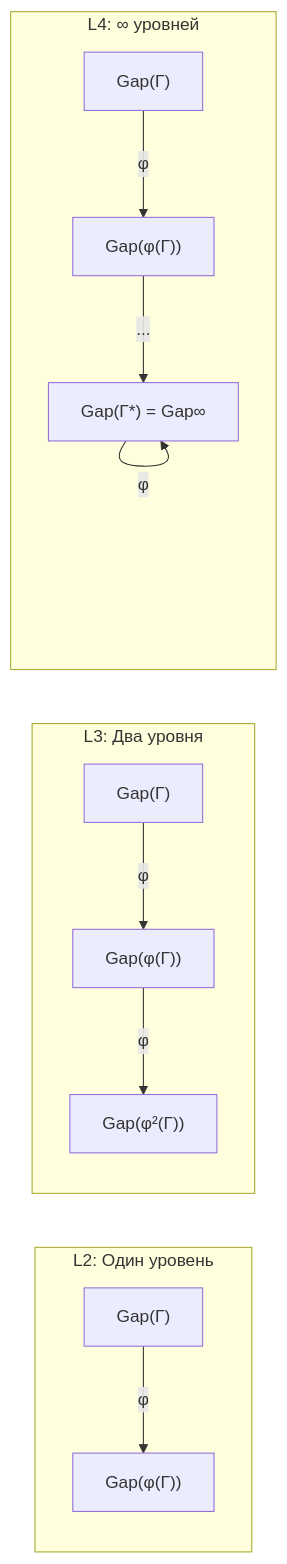
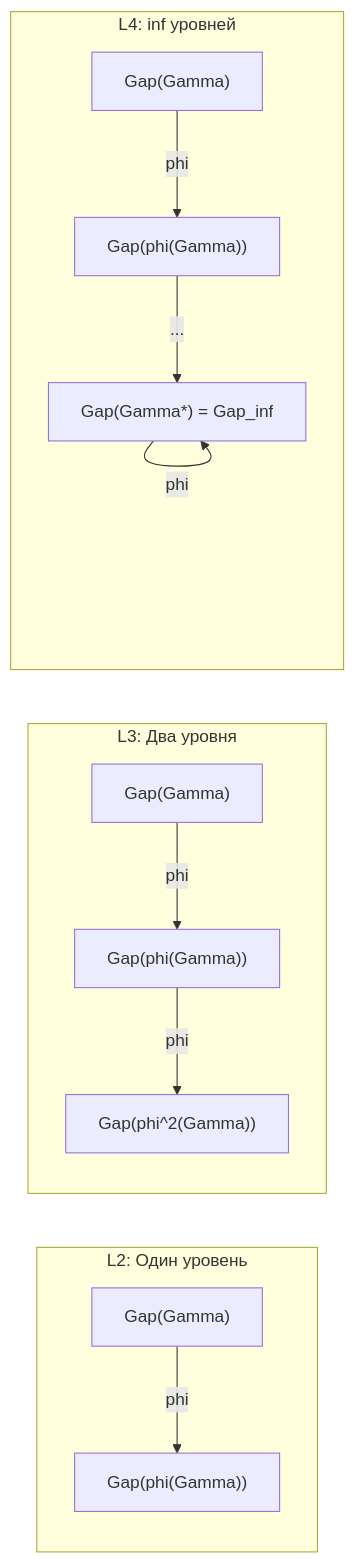
Before and after one commit to uhm-theory/holon: the diagram in website/docs/consciousness/hierarchy/gap-characterization.md, drawn with Mermaid. The commit also changed other lines of this file and 117 other files, not shown here.

````diff
--- a/website/docs/consciousness/hierarchy/gap-characterization.md
+++ b/website/docs/consciousness/hierarchy/gap-characterization.md
@@ -205,15 +283,15 @@
 ```mermaid
 graph LR
     subgraph L2["L2: Один уровень"]
-        G0["Gap(Γ)"] --> |"φ"| G1["Gap(φ(Γ))"]
+        G0["Gap(Gamma)"] --> |"phi"| G1["Gap(phi(Gamma))"]
     end
     subgraph L3["L3: Два уровня"]
-        G0b["Gap(Γ)"] --> |"φ"| G1b["Gap(φ(Γ))"]
-        G1b --> |"φ"| G2["Gap(φ²(Γ))"]
+        G0b["Gap(Gamma)"] --> |"phi"| G1b["Gap(phi(Gamma))"]
+        G1b --> |"phi"| G2["Gap(phi^2(Gamma))"]
     end
-    subgraph L4["L4: ∞ уровней"]
-        G0c["Gap(Γ)"] --> |"φ"| G1c["Gap(φ(Γ))"]
-        G1c --> |"..."| Ginf["Gap(Γ*) = Gap∞"]
-        Ginf --> |"φ"| Ginf
+    subgraph L4["L4: inf уровней"]
+        G0c["Gap(Gamma)"] --> |"phi"| G1c["Gap(phi(Gamma))"]
+        G1c --> |"..."| Ginf["Gap(Gamma*) = Gap_inf"]
+        Ginf --> |"phi"| Ginf
     end
 ```
````
